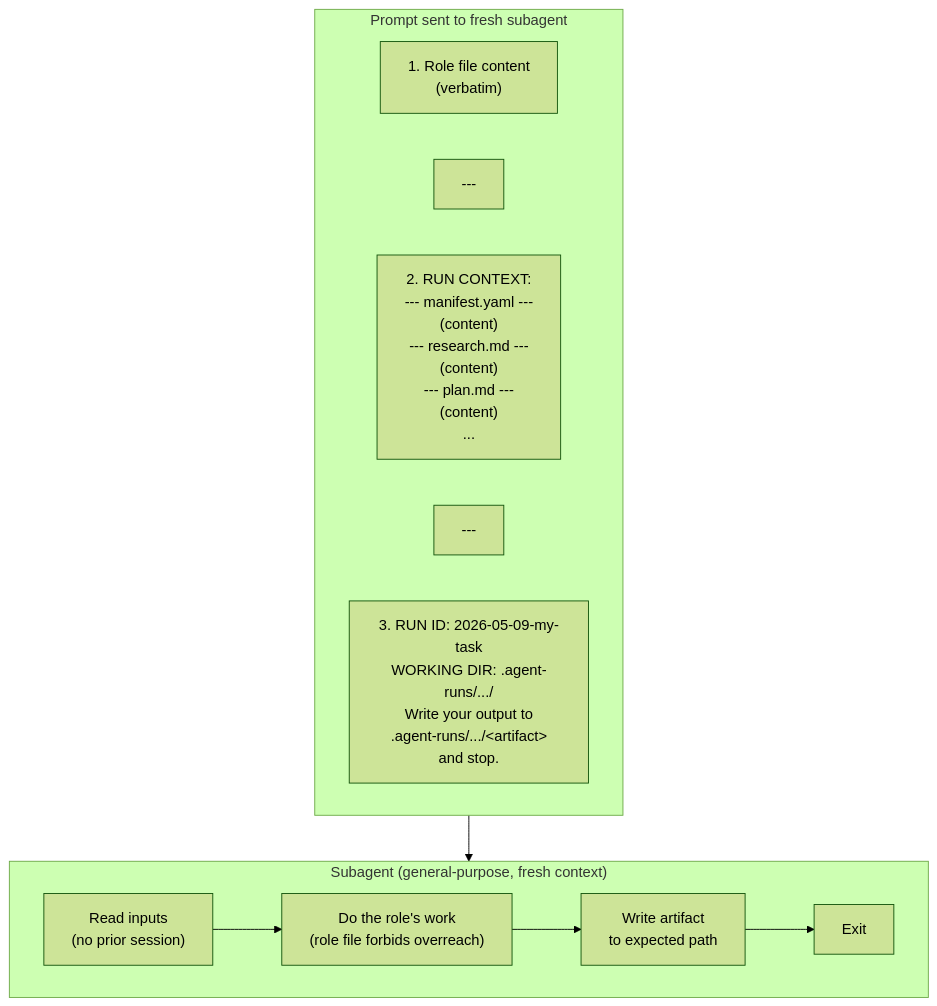
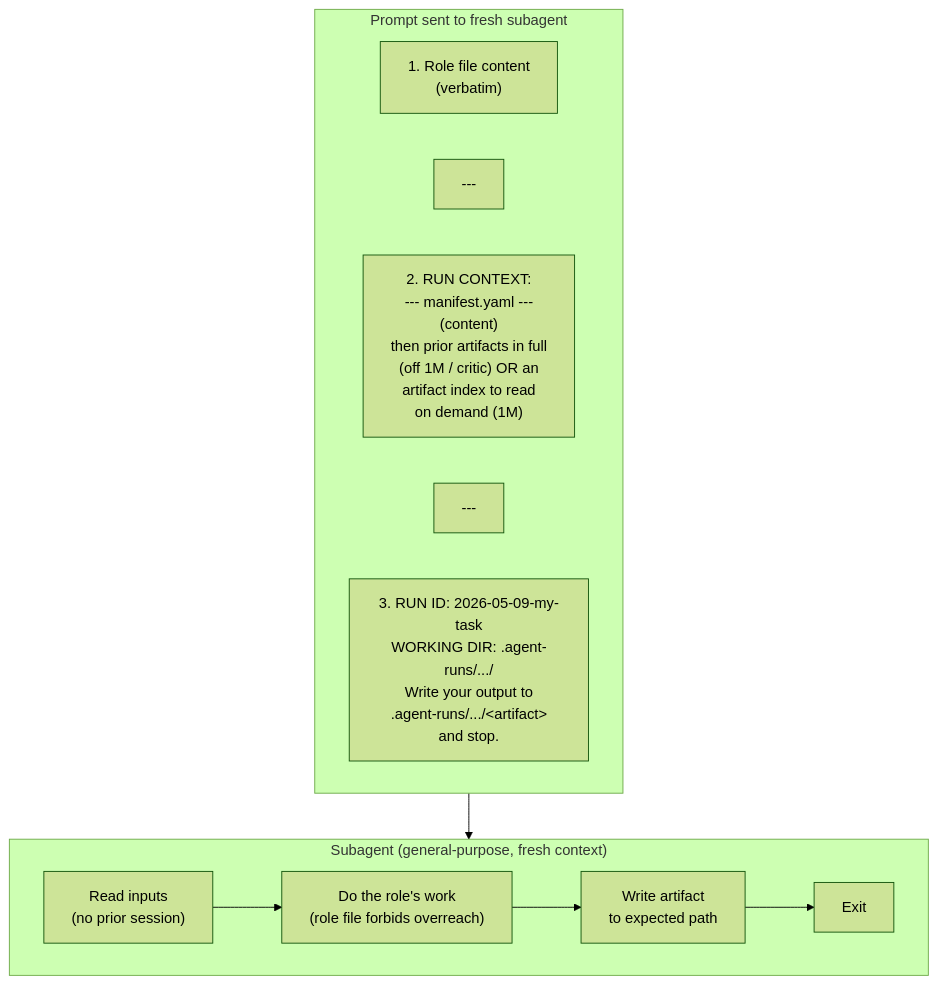
Before and after one commit to scottconverse/agentic-pipeline: the eighth of 13 diagrams in ARCHITECTURE.md, drawn with Mermaid (forest theme). The commit also changed other lines of this file and 2 other files, not shown here.

First line of the commit message:
WS-3: window-gated lean run-context injection at 1M (#34)

````diff
--- a/ARCHITECTURE.md
+++ b/ARCHITECTURE.md
@@ -355,20 +365,20 @@
 ```mermaid
 flowchart TB
     subgraph Prompt["Prompt sent to fresh subagent"]
         Role["1. Role file content<br/>(verbatim)"]
         Sep1["---"]
-        RC["2. RUN CONTEXT:<br/>--- manifest.yaml ---<br/>(content)<br/>--- research.md ---<br/>(content)<br/>--- plan.md ---<br/>(content)<br/>..."]
+        RC["2. RUN CONTEXT:<br/>--- manifest.yaml ---<br/>(content)<br/>then prior artifacts in full<br/>(off 1M / critic) OR an<br/>artifact index to read<br/>on demand (1M)"]
         Sep2["---"]
         Inst["3. RUN ID: 2026-05-09-my-task<br/>WORKING DIR: .agent-runs/.../<br/>Write your output to<br/>.agent-runs/.../&lt;artifact&gt;<br/>and stop."]
     end
 
     subgraph Agent["Subagent (general-purpose, fresh context)"]
         Read["Read inputs<br/>(no prior session)"]
         Work["Do the role's work<br/>(role file forbids overreach)"]
         Write["Write artifact<br/>to expected path"]
         Stop["Exit"]
     end
 
     Prompt --> Agent
     Read --> Work --> Write --> Stop
 ```
````
